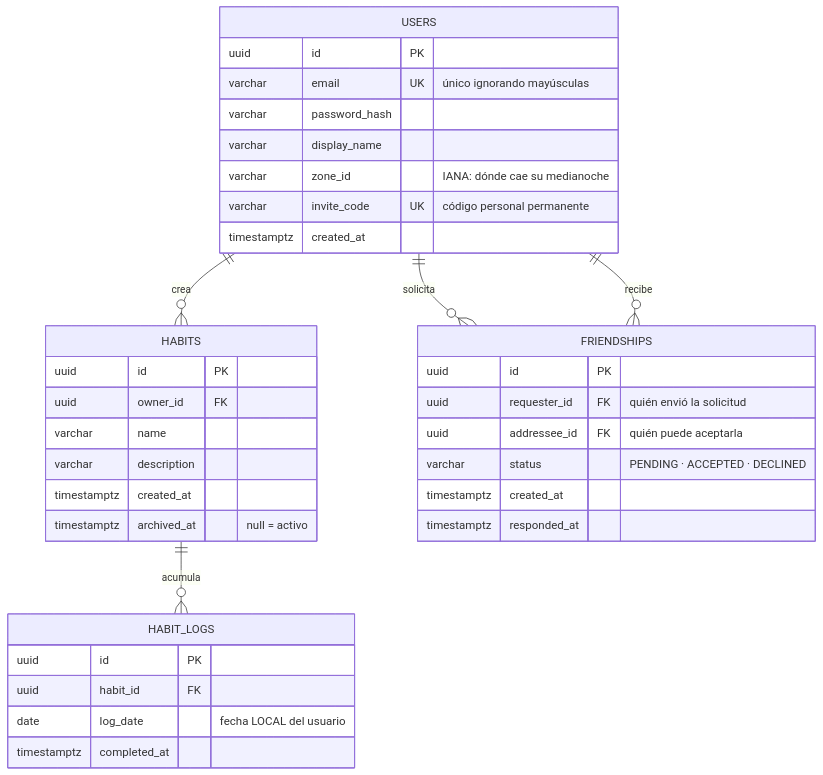
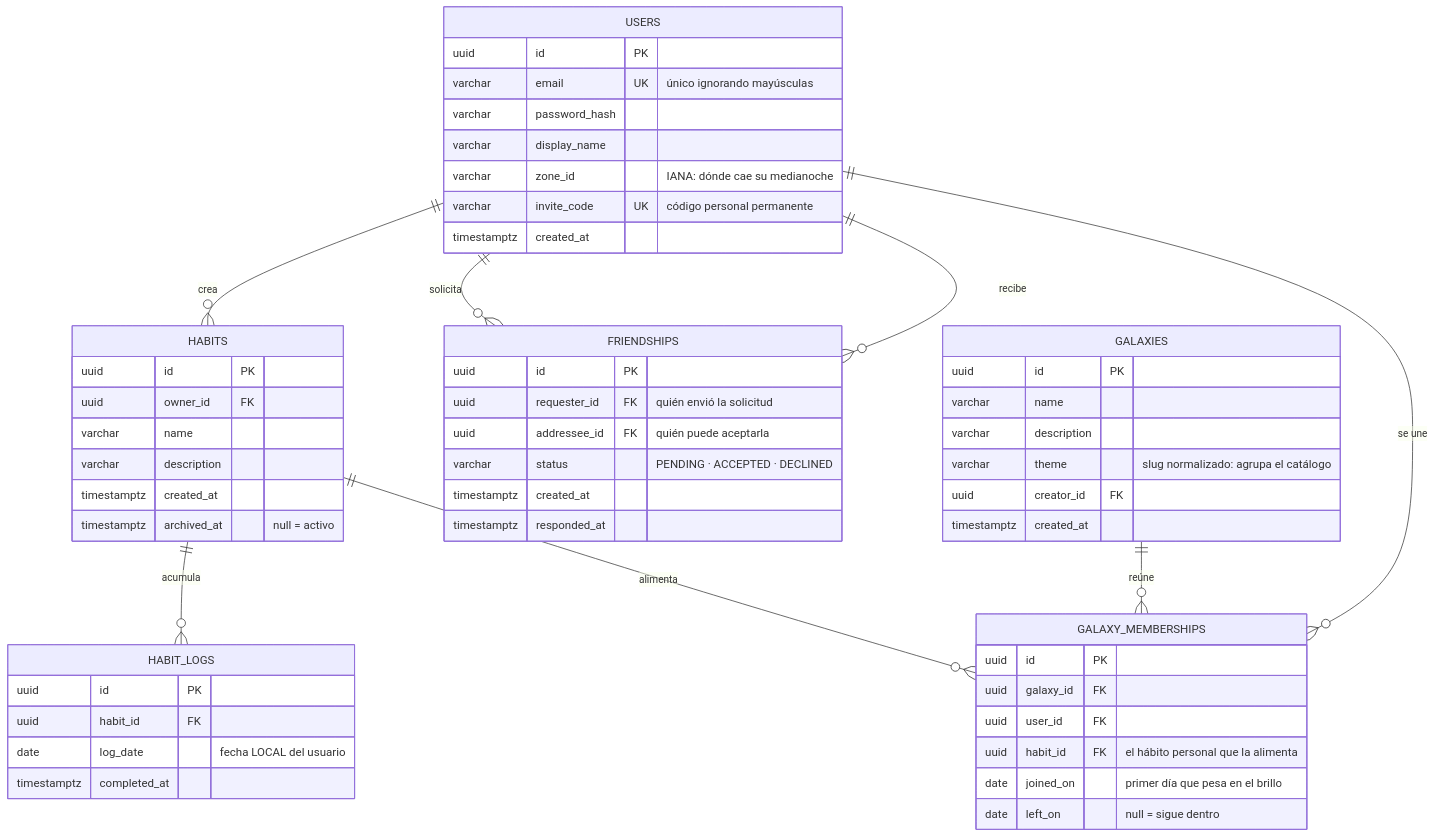
One commit to BecerraHector/habit-constellations-backend changed the second of 2 diagrams in README.md. Above: the diagram before and after it, drawn with Mermaid. The commit also changed other lines of this file and 24 other files, not shown here.

````diff
--- a/README.md
+++ b/README.md
@@ -79,42 +79,63 @@
 ```mermaid
 erDiagram
     USERS ||--o{ HABITS : "crea"
     HABITS ||--o{ HABIT_LOGS : "acumula"
     USERS ||--o{ FRIENDSHIPS : "solicita"
     USERS ||--o{ FRIENDSHIPS : "recibe"
+    USERS ||--o{ GALAXY_MEMBERSHIPS : "se une"
+    GALAXIES ||--o{ GALAXY_MEMBERSHIPS : "reúne"
+    HABITS ||--o{ GALAXY_MEMBERSHIPS : "alimenta"
 
     USERS {
         uuid        id PK
         varchar     email UK "único ignorando mayúsculas"
         varchar     password_hash
         varchar     display_name
         varchar     zone_id "IANA: dónde cae su medianoche"
         varchar     invite_code UK "código personal permanente"
         timestamptz created_at
     }
 
     HABITS {
         uuid        id PK
         uuid        owner_id FK
         varchar     name
         varchar     description
         timestamptz created_at
         timestamptz archived_at "null = activo"
     }
 
     HABIT_LOGS {
         uuid        id PK
         uuid        habit_id FK
         date        log_date "fecha LOCAL del usuario"
         timestamptz completed_at
     }
 
     FRIENDSHIPS {
         uuid        id PK
         uuid        requester_id FK "quién envió la solicitud"
         uuid        addressee_id FK "quién puede aceptarla"
         varchar     status "PENDING · ACCEPTED · DECLINED"
         timestamptz created_at
         timestamptz responded_at
     }
+
+    GALAXIES {
+        uuid        id PK
+        varchar     name
+        varchar     description
+        varchar     theme "slug normalizado: agrupa el catálogo"
+        uuid        creator_id FK
+        timestamptz created_at
+    }
+
+    GALAXY_MEMBERSHIPS {
+        uuid        id PK
+        uuid        galaxy_id FK
+        uuid        user_id FK
+        uuid        habit_id FK "el hábito personal que la alimenta"
+        date        joined_on "primer día que pesa en el brillo"
+        date        left_on "null = sigue dentro"
+    }
 ```
````
